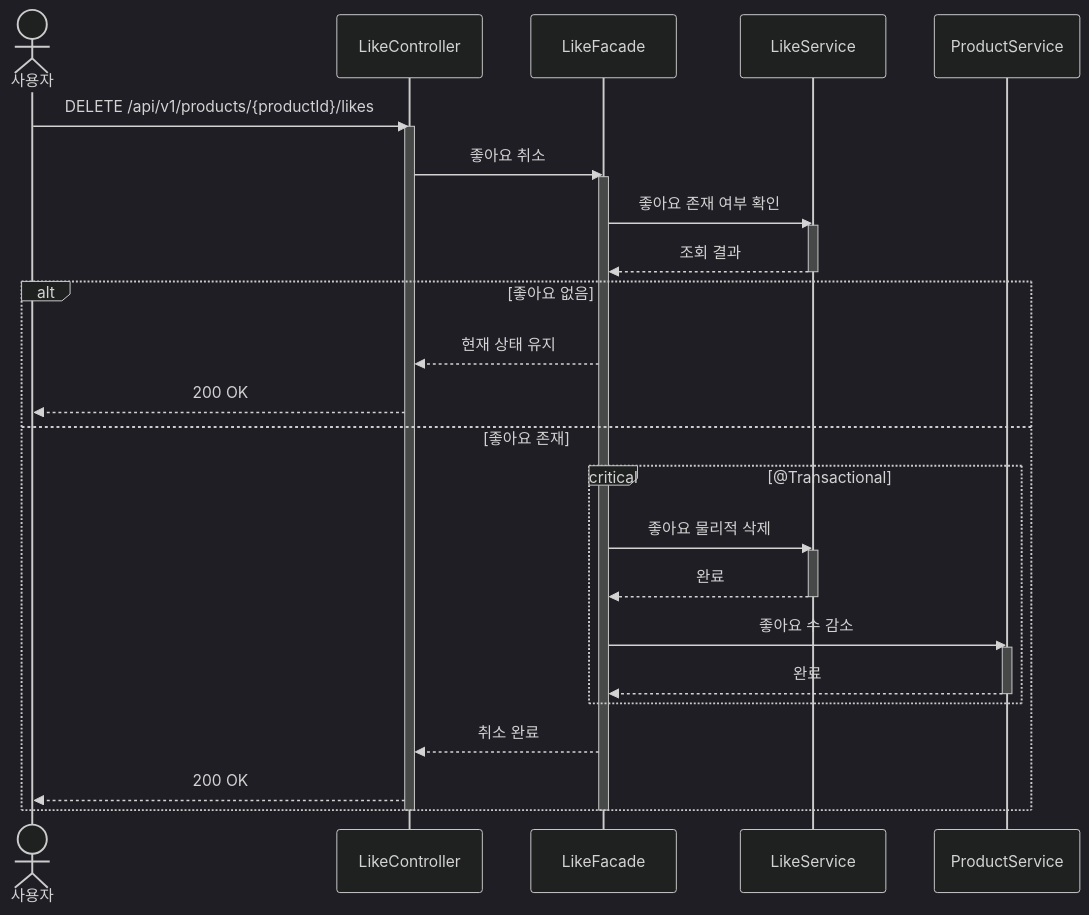
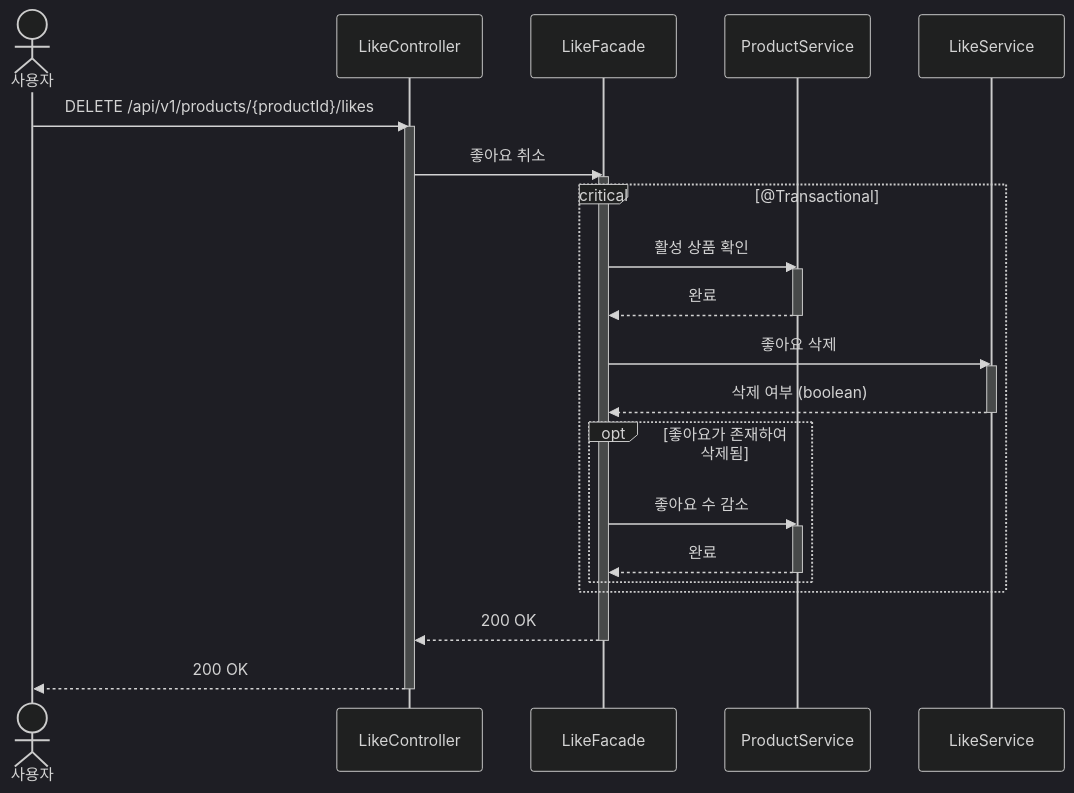
The diagram in docs/design/like/sequences/002-product-unlike.md (Loopers-dev-lab/loop-pack-be-l2-vol3-java), drawn with Mermaid (dark theme) before and after one commit. The commit also changed other lines of this file and 3 other files, not shown here.

Commit message:
docs: 시퀀스다이어그램 레이어 책임 정합성 보정 (Service 캡슐화, Facade 분기 제거)

````diff
--- a/docs/design/like/sequences/002-product-unlike.md
+++ b/docs/design/like/sequences/002-product-unlike.md
@@ -8,39 +8,37 @@
 ```mermaid
 sequenceDiagram
     actor 사용자
     participant LC as LikeController
     participant LF as LikeFacade
+    participant PS as ProductService
     participant LS as LikeService
-    participant PS as ProductService
 
     사용자->>LC: DELETE /api/v1/products/{productId}/likes
     activate LC
     LC->>LF: 좋아요 취소
     activate LF
 
-    LF->>LS: 좋아요 존재 여부 확인
-    activate LS
-    LS-->>LF: 조회 결과
-    deactivate LS
+    critical @Transactional
+        LF->>PS: 활성 상품 확인
+        activate PS
+        PS-->>LF: 완료
+        deactivate PS
 
-    alt 좋아요 없음
-        LF-->>LC: 현재 상태 유지
-        LC-->>사용자: 200 OK
-    else 좋아요 존재
-        critical @Transactional
-            LF->>LS: 좋아요 물리적 삭제
-            activate LS
-            LS-->>LF: 완료
-            deactivate LS
+        LF->>LS: 좋아요 삭제
+        activate LS
+        LS-->>LF: 삭제 여부 (boolean)
+        deactivate LS
 
+        opt 좋아요가 존재하여 삭제됨
             LF->>PS: 좋아요 수 감소
             activate PS
             PS-->>LF: 완료
             deactivate PS
         end
-        LF-->>LC: 취소 완료
-        LC-->>사용자: 200 OK
     end
+
+    LF-->>LC: 200 OK
     deactivate LF
+    LC-->>사용자: 200 OK
     deactivate LC
 ```
````
